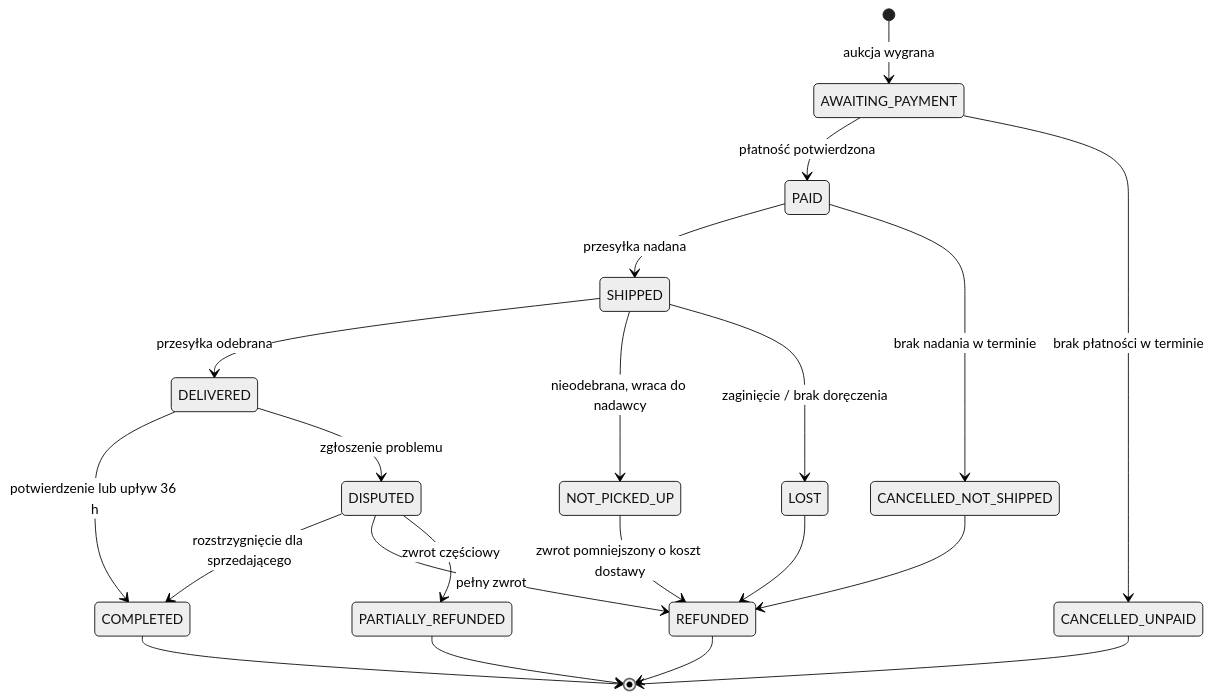
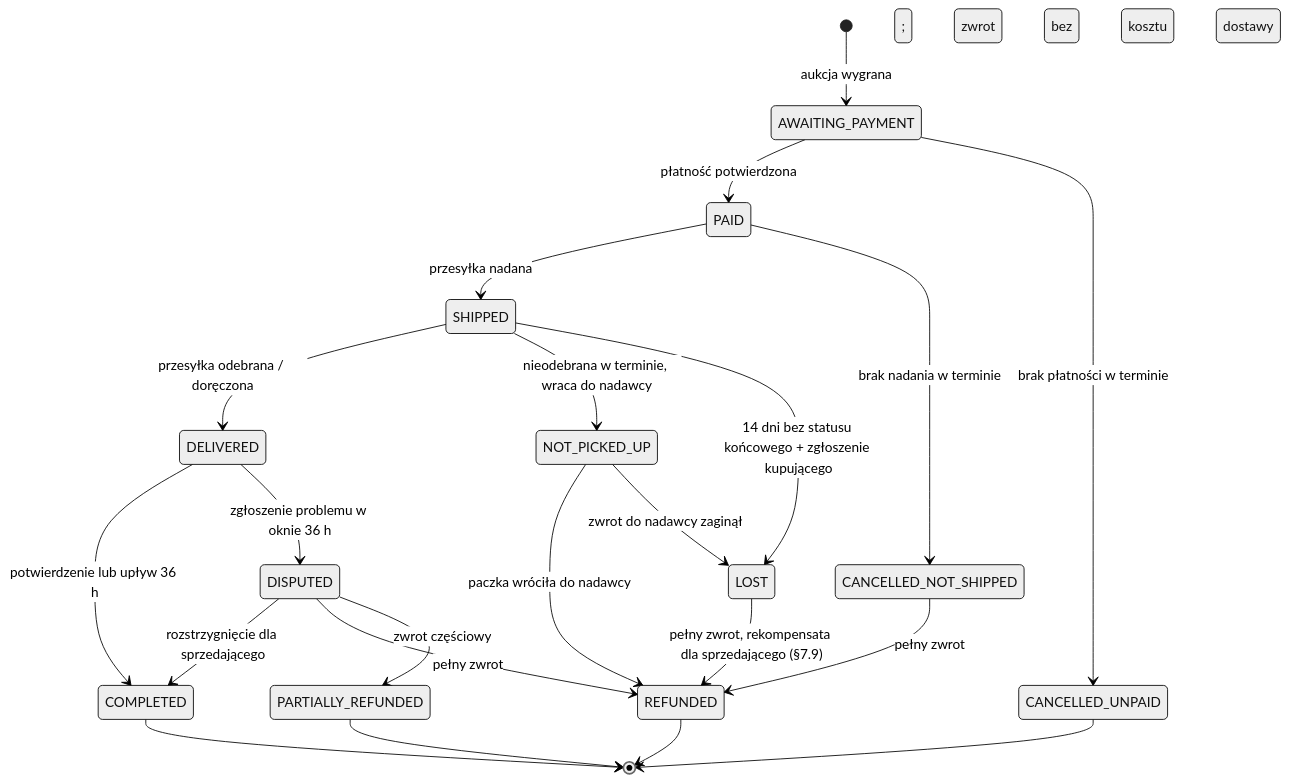
One commit to Bembnias/biddy changed the third of 7 diagrams in docs/PROJECT.md. Above: the diagram before and after it, drawn with Mermaid (neutral theme). The commit also changed other lines of this file and 1 other file, not shown here.

````diff
--- a/docs/PROJECT.md
+++ b/docs/PROJECT.md
@@ -325,23 +404,24 @@
 ```mermaid
 stateDiagram-v2
   [*] --> AWAITING_PAYMENT: aukcja wygrana
   AWAITING_PAYMENT --> PAID: płatność potwierdzona
   AWAITING_PAYMENT --> CANCELLED_UNPAID: brak płatności w terminie
   PAID --> SHIPPED: przesyłka nadana
   PAID --> CANCELLED_NOT_SHIPPED: brak nadania w terminie
-  SHIPPED --> DELIVERED: przesyłka odebrana
-  SHIPPED --> NOT_PICKED_UP: nieodebrana, wraca do nadawcy
-  SHIPPED --> LOST: zaginięcie / brak doręczenia
+  SHIPPED --> DELIVERED: przesyłka odebrana / doręczona
+  SHIPPED --> NOT_PICKED_UP: nieodebrana w terminie, wraca do nadawcy
+  SHIPPED --> LOST: 14 dni bez statusu końcowego + zgłoszenie kupującego
   DELIVERED --> COMPLETED: potwierdzenie lub upływ 36 h
-  DELIVERED --> DISPUTED: zgłoszenie problemu
+  DELIVERED --> DISPUTED: zgłoszenie problemu w oknie 36 h
   DISPUTED --> COMPLETED: rozstrzygnięcie dla sprzedającego
   DISPUTED --> REFUNDED: pełny zwrot
   DISPUTED --> PARTIALLY_REFUNDED: zwrot częściowy
-  CANCELLED_NOT_SHIPPED --> REFUNDED
-  LOST --> REFUNDED
-  NOT_PICKED_UP --> REFUNDED: zwrot pomniejszony o koszt dostawy
+  CANCELLED_NOT_SHIPPED --> REFUNDED: pełny zwrot
+  LOST --> REFUNDED: pełny zwrot, rekompensata dla sprzedającego (§7.9)
+  NOT_PICKED_UP --> REFUNDED: paczka wróciła do nadawcy; zwrot bez kosztu dostawy
+  NOT_PICKED_UP --> LOST: zwrot do nadawcy zaginął
   COMPLETED --> [*]
   REFUNDED --> [*]
   PARTIALLY_REFUNDED --> [*]
   CANCELLED_UNPAID --> [*]
 ```
````
